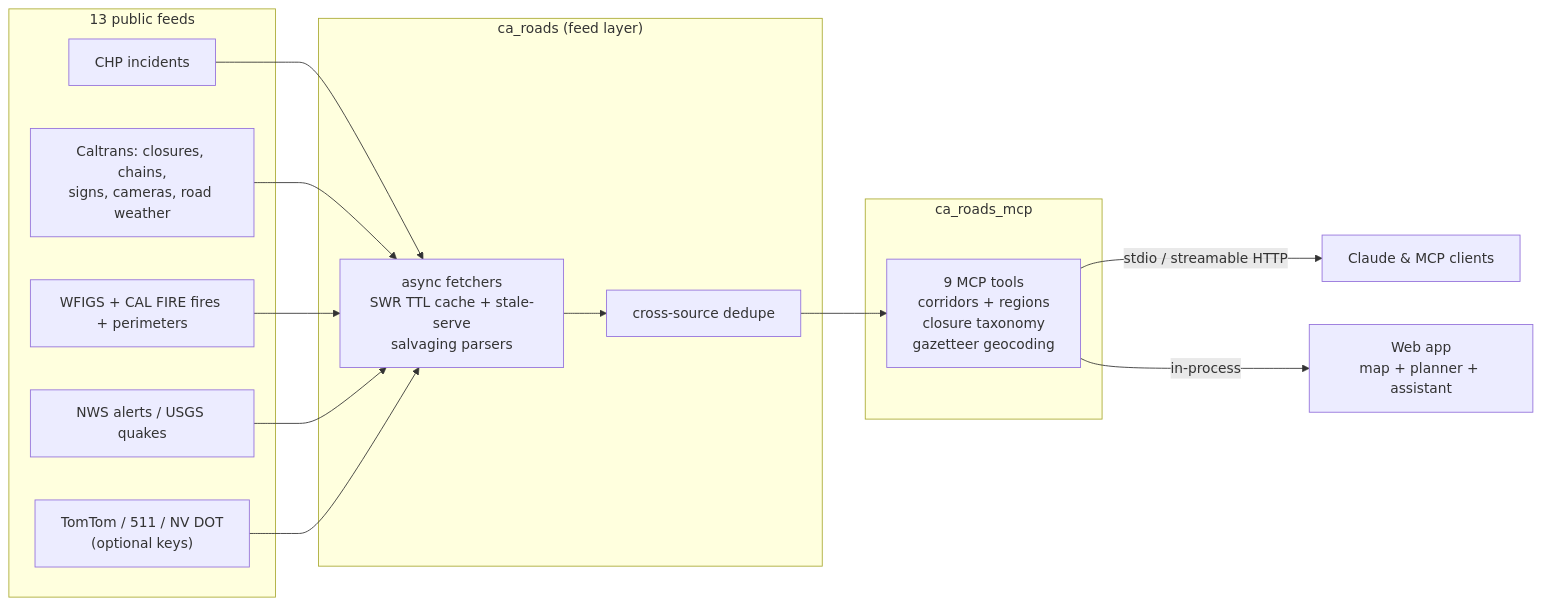
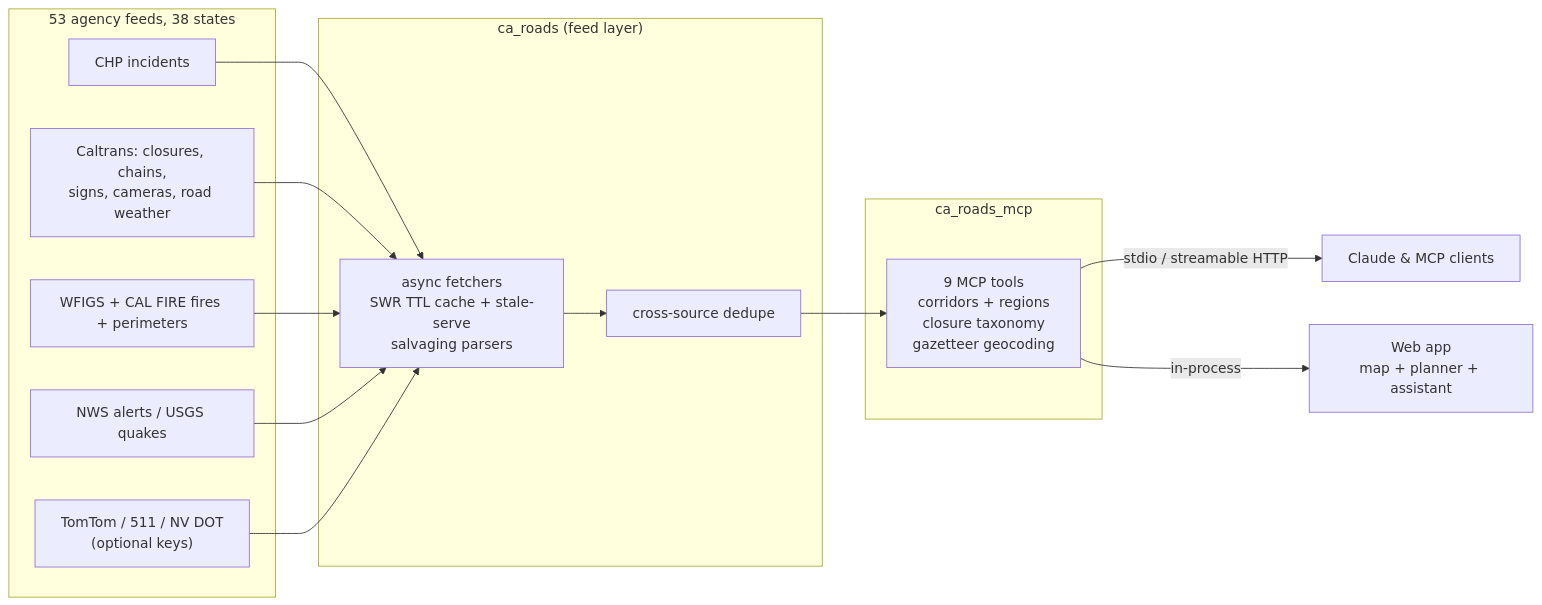
The diagram in docs/architecture.md (nicglazkov/commutescout), drawn with Mermaid before and after one commit. The commit also changed 7 other files, not shown here.

````diff
--- a/docs/architecture.md
+++ b/docs/architecture.md
@@ -3,20 +3,20 @@
 ```mermaid
 flowchart LR
-    subgraph feeds["13 public feeds"]
+    subgraph feeds["53 agency feeds, 38 states"]
         CHP["CHP incidents"]
         CT["Caltrans: closures, chains,<br/>signs, cameras, road weather"]
         WF["WFIGS + CAL FIRE fires + perimeters"]
         WX["NWS alerts / USGS quakes"]
         OPT["TomTom / 511 / NV DOT<br/>(optional keys)"]
     end
     subgraph pkg["ca_roads (feed layer)"]
         F["async fetchers<br/>SWR TTL cache + stale-serve<br/>salvaging parsers"]
         D["cross-source dedupe"]
     end
     subgraph srv["ca_roads_mcp"]
         T["9 MCP tools<br/>corridors + regions<br/>closure taxonomy<br/>gazetteer geocoding"]
     end
     CHP & CT & WF & WX & OPT --> F --> D --> T
     T -->|"stdio / streamable HTTP"| MCP["Claude & MCP clients"]
     T -->|"in-process"| DEMO["Web app<br/>map + planner + assistant"]
 ```
````
